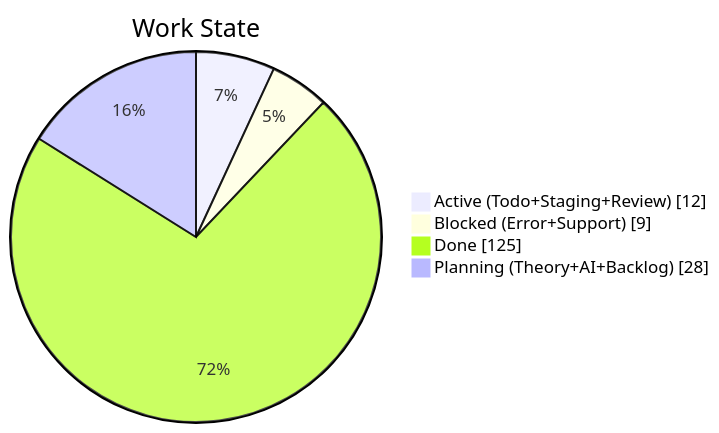
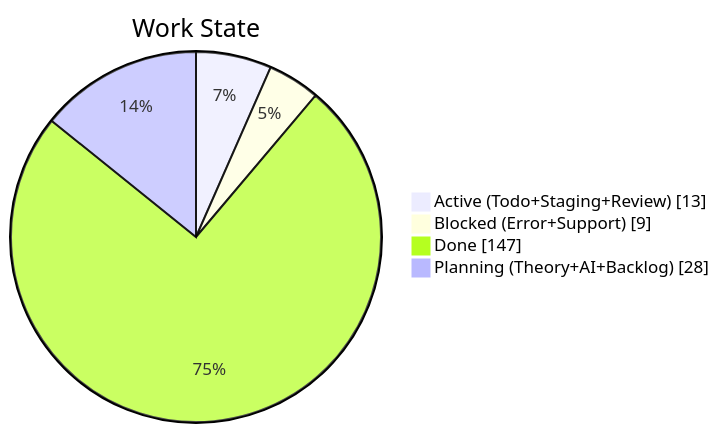
One commit to KBVE/kbve changed the second of 4 diagrams in apps/kbve/astro-kbve/src/content/docs/dashboard/kanban-data.mdx. Above: the diagram before and after it, drawn with Mermaid. The commit also changed other lines of this file and 8 other files, not shown here.

````diff
--- a/apps/kbve/astro-kbve/src/content/docs/dashboard/kanban-data.mdx
+++ b/apps/kbve/astro-kbve/src/content/docs/dashboard/kanban-data.mdx
@@ -67,8 +68,8 @@
 ```mermaid
 pie showData
     title Work State
-    "Active (Todo+Staging+Review)" : 12
+    "Active (Todo+Staging+Review)" : 13
     "Blocked (Error+Support)" : 9
-    "Done" : 125
+    "Done" : 147
     "Planning (Theory+AI+Backlog)" : 28
 ```
````
